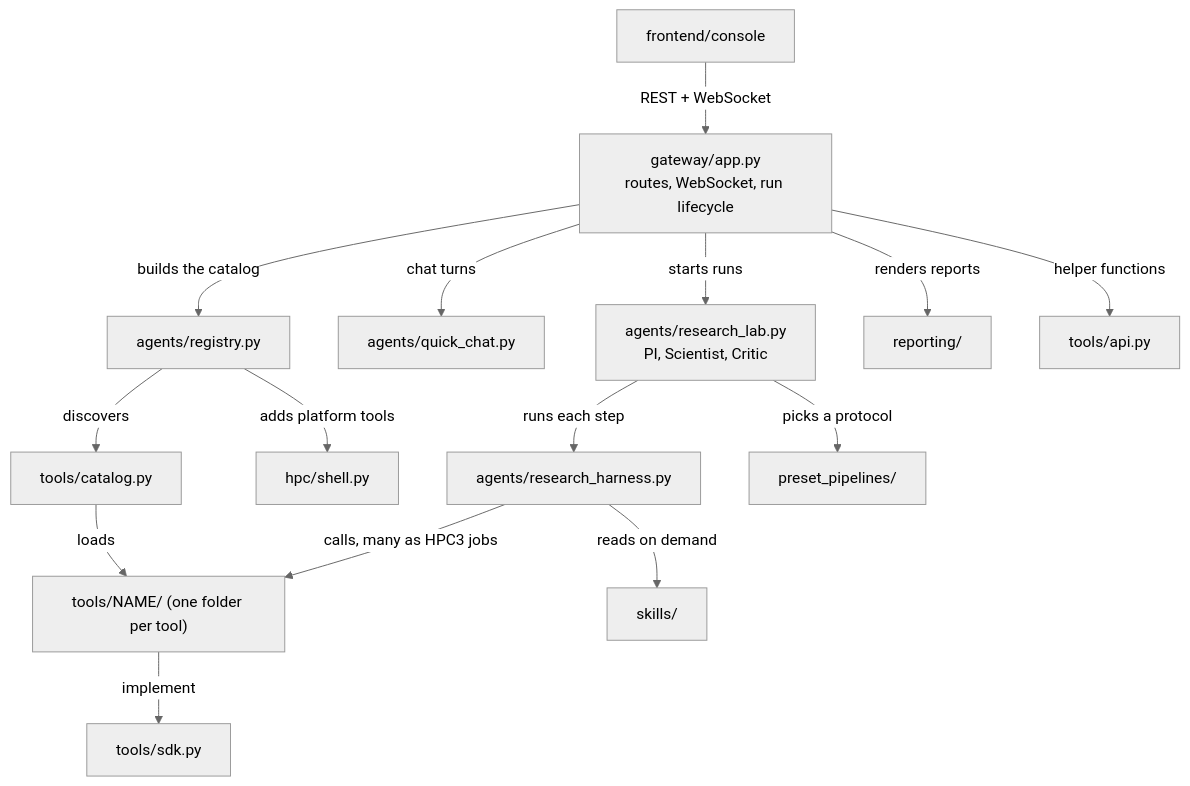
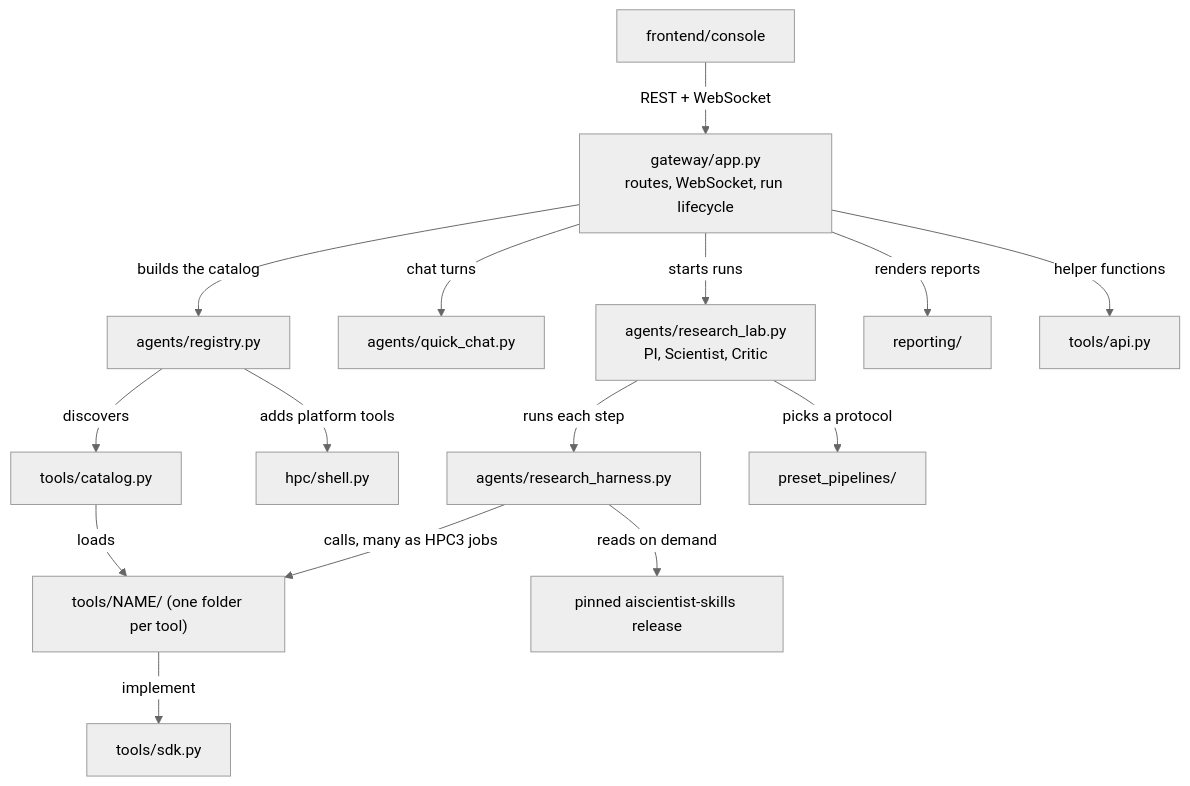
One commit to RCHENLAB/AiScientist changed the third of 4 diagrams in docs/architecture/README.md. Above: the diagram before and after it, drawn with Mermaid (neutral theme). The commit also changed other lines of this file and 111 other files, not shown here.

````diff
--- a/docs/architecture/README.md
+++ b/docs/architecture/README.md
@@ -113,17 +113,17 @@
 ```mermaid
 flowchart TB
     ui["frontend/console"] -->|"REST + WebSocket"| app["gateway/app.py<br/>routes, WebSocket, run lifecycle"]
     app -->|"builds the catalog"| registry["agents/registry.py"]
     app -->|"chat turns"| chat["agents/quick_chat.py"]
     app -->|"starts runs"| lab["agents/research_lab.py<br/>PI, Scientist, Critic"]
     app -->|"renders reports"| reporting["reporting/"]
     app -->|"helper functions"| api["tools/api.py"]
     registry -->|"discovers"| catalog["tools/catalog.py"]
     registry -->|"adds platform tools"| shell["hpc/shell.py"]
     lab -->|"runs each step"| harness["agents/research_harness.py"]
     lab -->|"picks a protocol"| pipelines["preset_pipelines/"]
     harness -->|"calls, many as HPC3 jobs"| folders["tools/NAME/ (one folder per tool)"]
-    harness -->|"reads on demand"| skills["skills/"]
+    harness -->|"reads on demand"| skills["pinned aiscientist-skills release"]
     catalog -->|"loads"| folders
     folders -->|"implement"| sdk["tools/sdk.py"]
 ```
````
